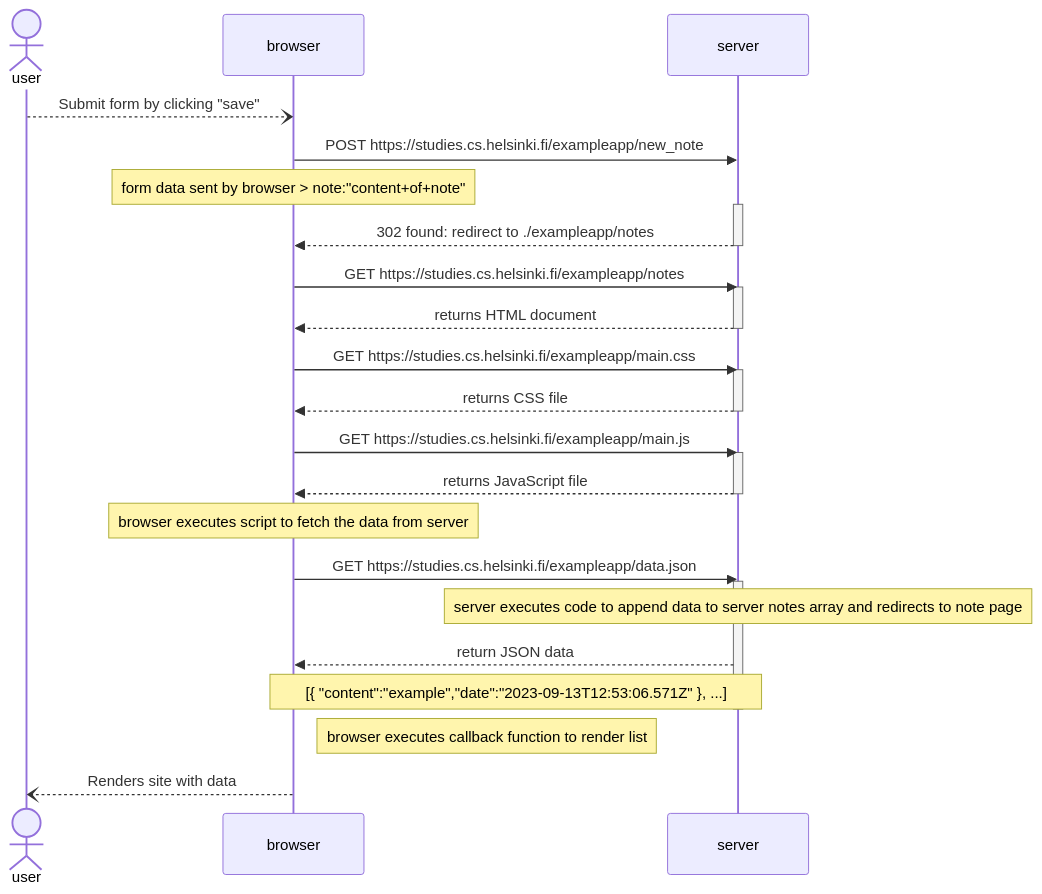
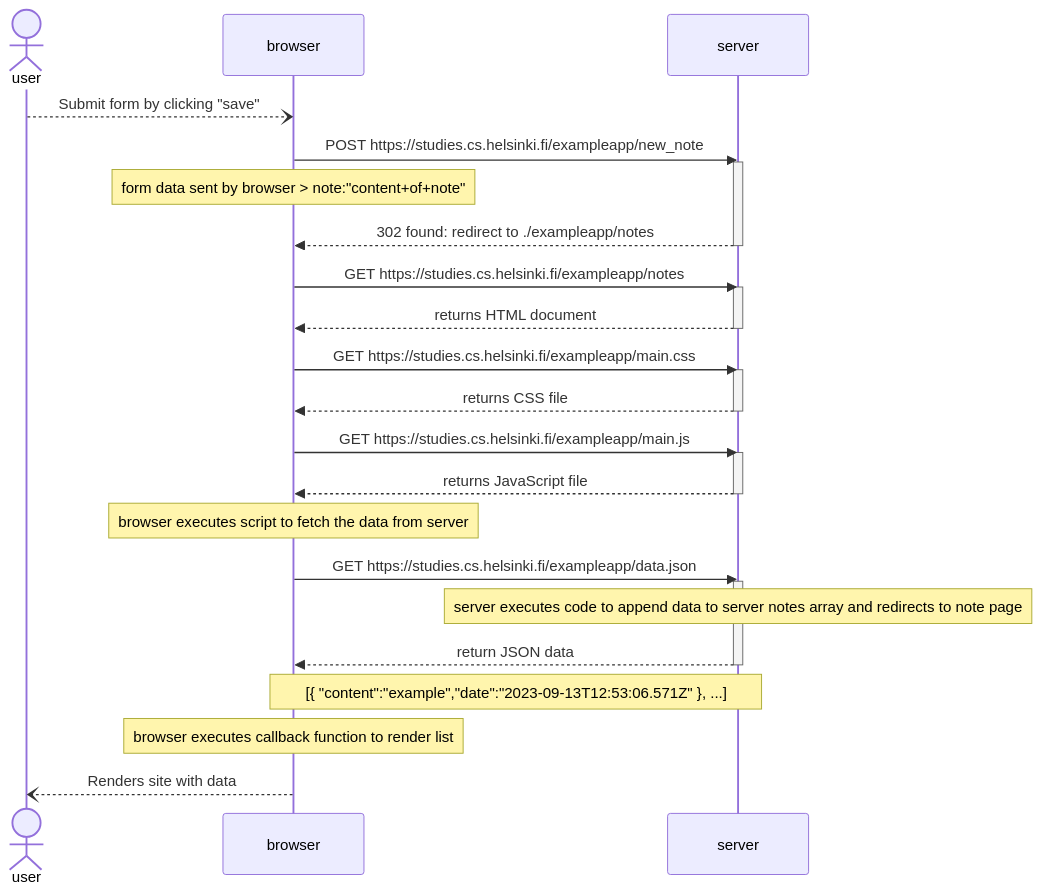
One commit to Dani-0TB/fullstack-open-submissions changed the diagram in part0/0.4-new-note-diagram.md. Above: the diagram before and after it, drawn with Mermaid. The commit also changed 2 other files, not shown here.

Commit message:
minor fixes

````diff
--- a/part0/0.4-new-note-diagram.md
+++ b/part0/0.4-new-note-diagram.md
@@ -3,41 +3,42 @@
 ```mermaid
 
 sequenceDiagram
   actor user
   participant browser
   participant server
 
   user--)browser: Submit form by clicking "save"
   browser->>server: POST https://studies.cs.helsinki.fi/exampleapp/new_note
+  activate server
   note over browser: form data sent by browser > note:"content+of+note"
-  activate server
   server-->>browser: 302 found: redirect to ./exampleapp/notes
   deactivate server
 
   browser->>server: GET https://studies.cs.helsinki.fi/exampleapp/notes
   activate server
   server-->>browser: returns HTML document
   deactivate server
 
   browser->>server: GET https://studies.cs.helsinki.fi/exampleapp/main.css
   activate server
   server-->>browser: returns CSS file
   deactivate server
 
   browser->>server: GET https://studies.cs.helsinki.fi/exampleapp/main.js
   activate server
   server-->>browser: returns JavaScript file
   deactivate server
   note over browser: browser executes script to fetch the data from server
 
   browser->>server: GET https://studies.cs.helsinki.fi/exampleapp/data.json
   activate server
   note over server: server executes code to append data to server notes array and redirects to note page
   server-->>browser: return JSON data
+  deactivate server
   note over browser,server: [{ "content":"example","date":"2023-09-13T12:53:06.571Z" }, ...]
-  deactivate server
+  
 
-  note right of browser: browser executes callback function to render list
+  note over browser: browser executes callback function to render list
   browser--)user: Renders site with data
 
 ```
````
